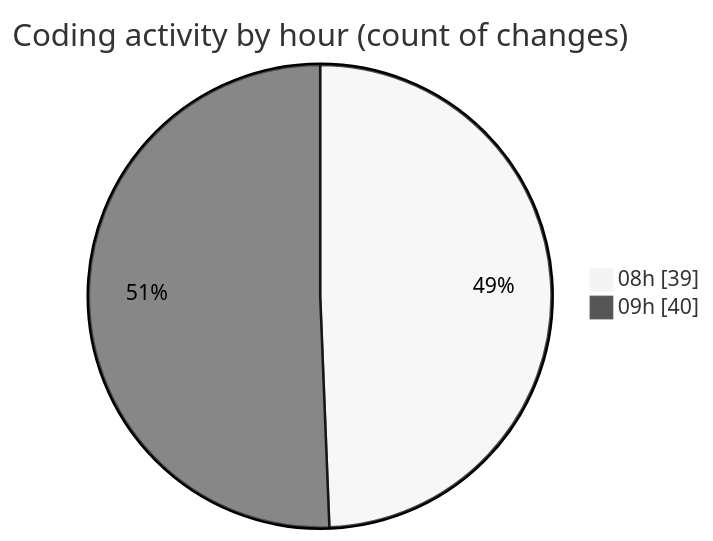
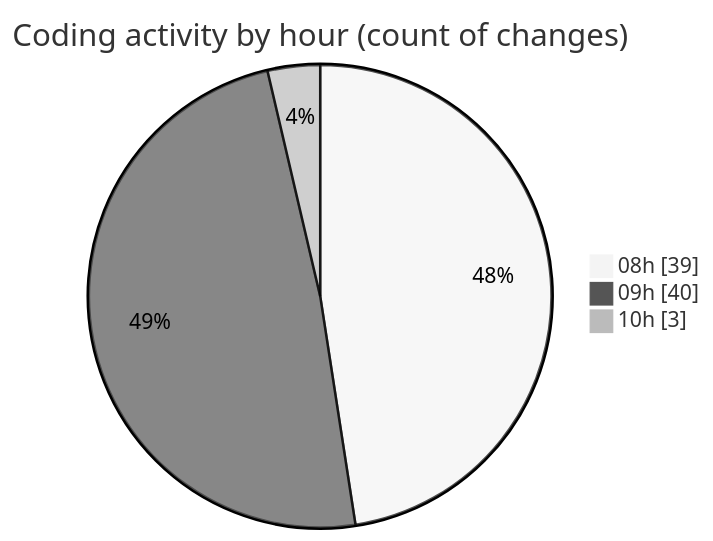
Before and after one commit to CELIANVF/code-tracking: the second of 2 diagrams in 2025-05-16/ecodeli-1/README.md, drawn with Mermaid (neutral theme). The commit also changed other lines of this file and 1 other file, not shown here.

````diff
--- a/2025-05-16/ecodeli-1/README.md
+++ b/2025-05-16/ecodeli-1/README.md
@@ -56,6 +56,7 @@
 ```mermaid
 pie showData
 title Coding activity by hour (count of changes)
 "08h" : 39
 "09h" : 40
+"10h" : 3
 ```
````
